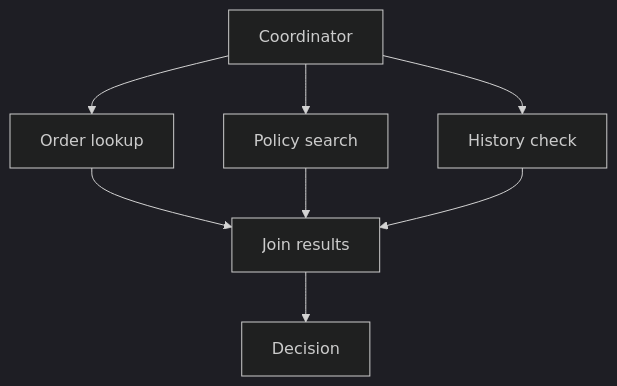
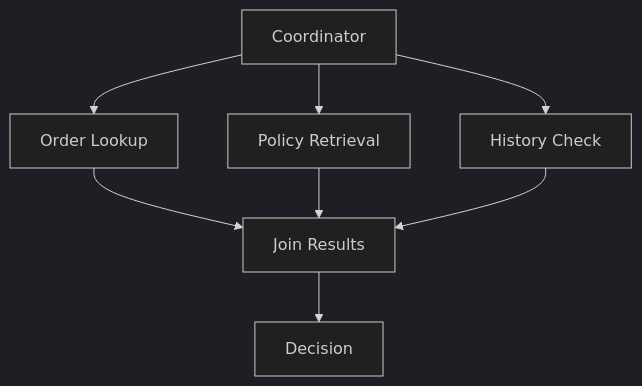
The third of 4 diagrams in notes/module-02-from-one-agent-to-a-system/04-multi-agent-orchestration.md (shomi-khan/preparation), drawn with Mermaid (dark theme) before and after one commit. The commit also changed other lines of this file, not shown here.

````diff
--- a/notes/module-02-from-one-agent-to-a-system/04-multi-agent-orchestration.md
+++ b/notes/module-02-from-one-agent-to-a-system/04-multi-agent-orchestration.md
@@ -51,10 +88,10 @@
 ```mermaid
 flowchart TD
-    C[Coordinator] --> O[Order lookup]
-    C --> P[Policy search]
-    C --> H[History check]
-    O --> J[Join results]
+    C[Coordinator] --> O[Order Lookup]
+    C --> P[Policy Retrieval]
+    C --> H[History Check]
+    O --> J[Join Results]
     P --> J
     H --> J
     J --> D[Decision]
 ```
````
